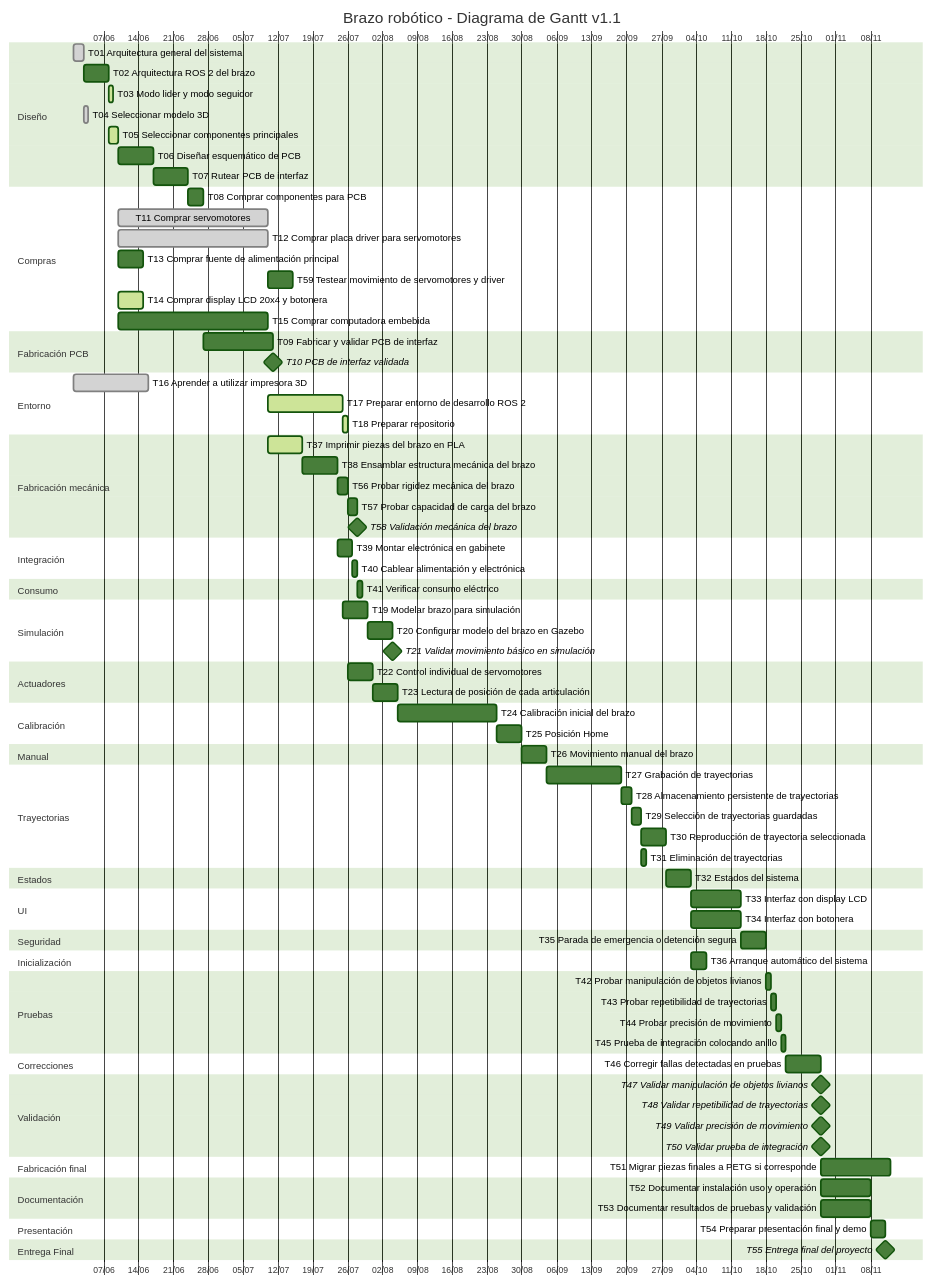
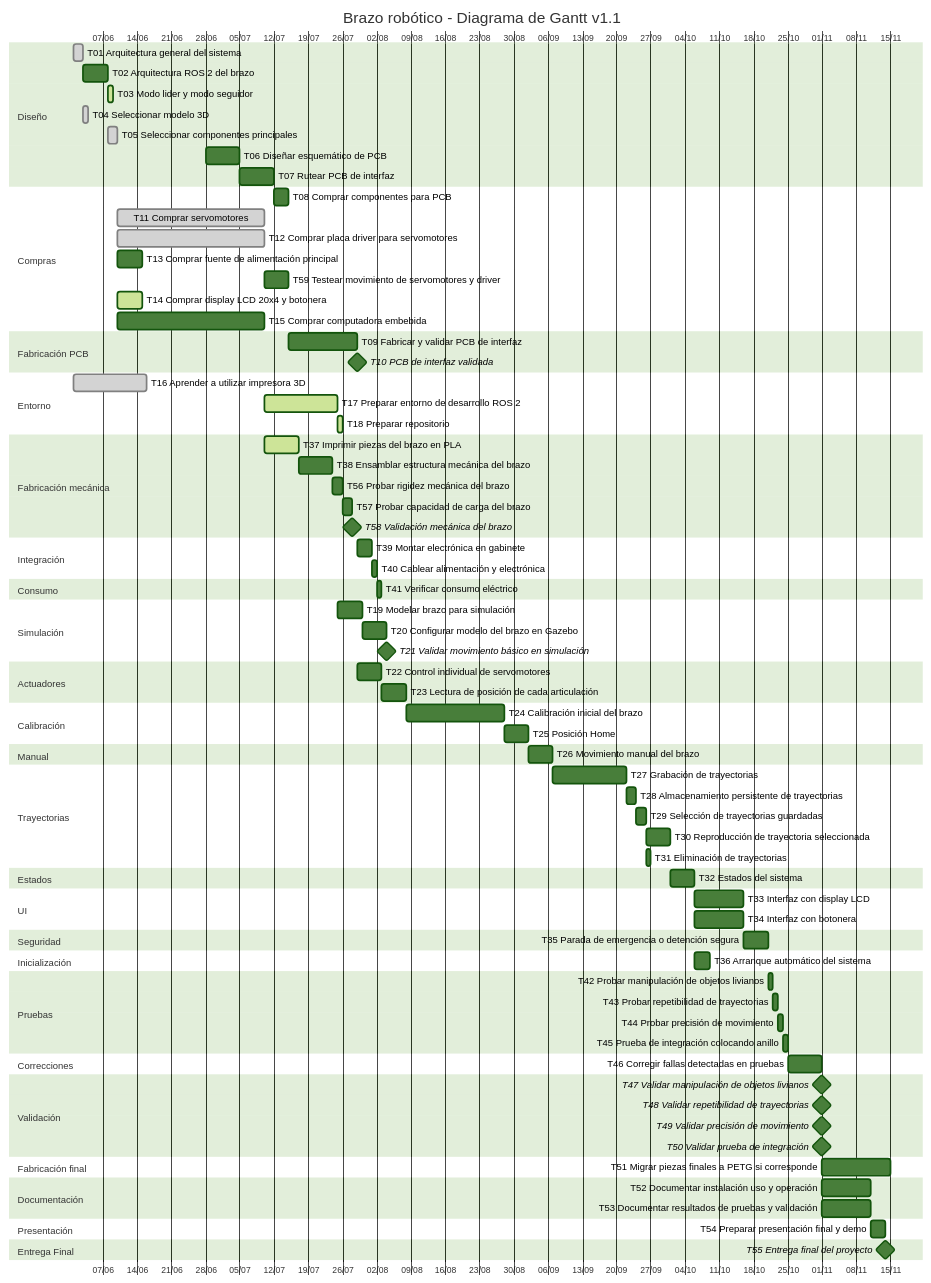
One commit to ealegremendoza/BrazoRobotico changed the diagram in doc/gantt/gantt.md. Above: the diagram before and after it, drawn with Mermaid (forest theme).

```diff
--- a/doc/gantt/gantt.md
+++ b/doc/gantt/gantt.md
@@ -13,8 +13,8 @@
     T02 Arquitectura ROS 2 del brazo                         :t02, after t01, 5d
     T03 Modo lider y modo seguidor                           :active, t03, after t01 t02, 1d
     T04 Seleccionar modelo 3D                                :done, t04, after t01, 1d
-    T05 Seleccionar componentes principales                  :active, t05, after t01 t02 t04, 2d
-    T06 Diseñar esquemático de PCB                           :t06, after t05, 7d
+    T05 Seleccionar componentes principales                  :done, t05, after t01 t02 t04, 2d
+    T06 Diseñar esquemático de PCB                           :t06, 2026-06-28, 7d
     T07 Rutear PCB de interfaz                               :t07, after t06, 7d
 
     section Compras
```
